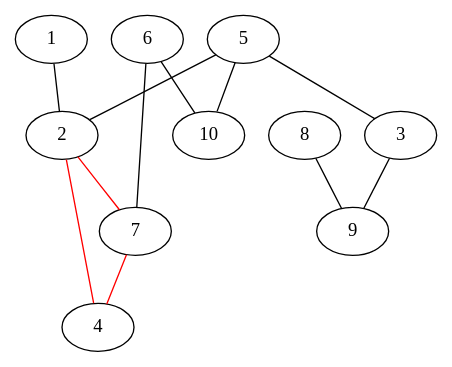
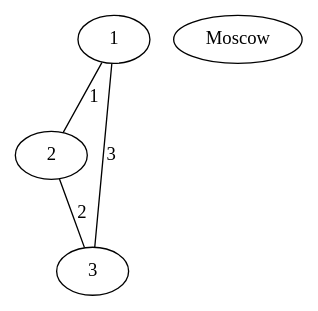
Before and after one commit to MichaelKolesnikov/Graphs: the diagram in Visualization/output_graph.dot, drawn with Graphviz. The commit also changed 3 other files, not shown here.

```diff
--- a/Visualization/output_graph.dot
+++ b/Visualization/output_graph.dot
@@ -1,35 +1,13 @@
 graph G {
 1;
 2;
 3;
-4;
-5;
-6;
-7;
-8;
-9;
-10;
-1 -- 2 [color=black]
+Moscow;
+1 -- 2 [label=1color=black]
 ;
-2 -- 4 [color=red]
+2 -- 3 [label=2color=black]
 ;
-5 -- 2 [color=black]
-;
-2 -- 7 [color=red]
-;
-5 -- 3 [color=black]
-;
-3 -- 9 [color=black]
-;
-7 -- 4 [color=red]
-;
-5 -- 10 [color=black]
-;
-6 -- 7 [color=black]
-;
-6 -- 10 [color=black]
-;
-8 -- 9 [color=black]
+1 -- 3 [label=3color=black]
 ;
 
 }
```
